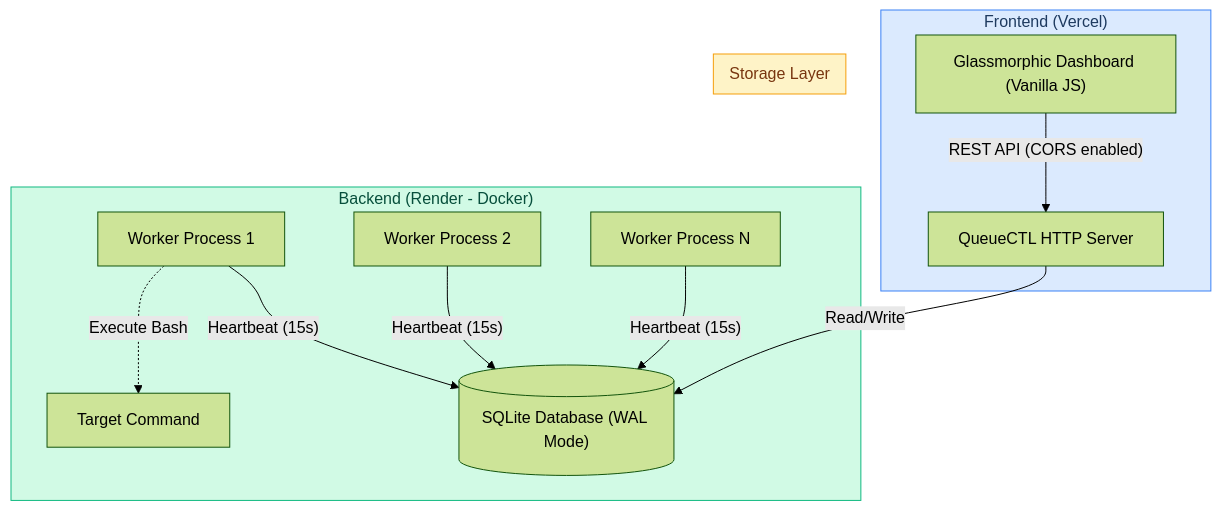
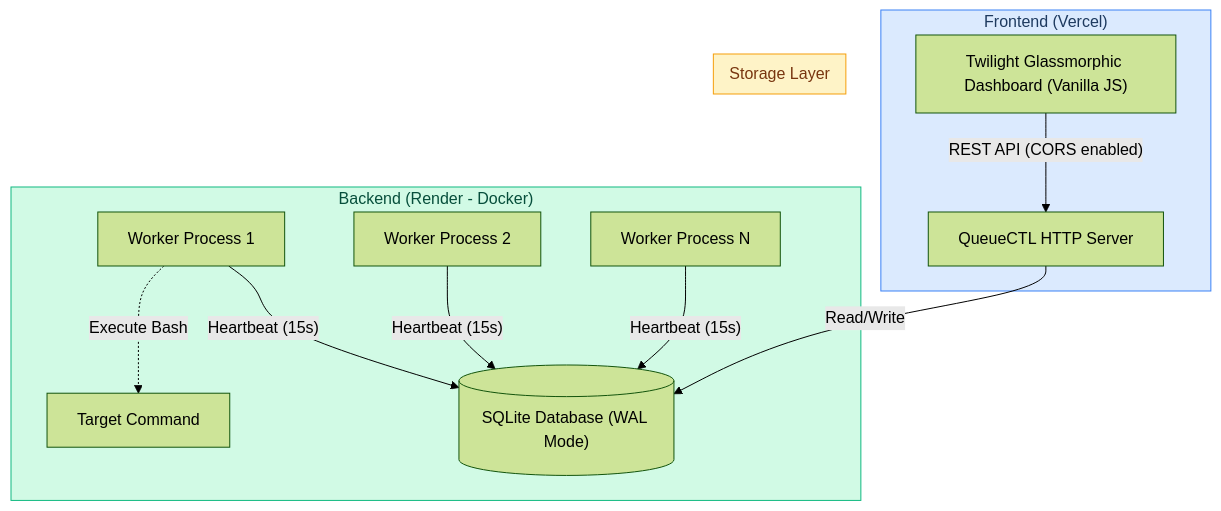
Before and after one commit to Harshkumar2306/QueueCTL: the diagram in README.md, drawn with Mermaid (forest theme). The commit also changed other lines of this file, not shown here.

````diff
--- a/README.md
+++ b/README.md
@@ -67,26 +79,26 @@
 ```mermaid
 graph TB
     subgraph Frontend["Frontend (Vercel)"]
-        UI["Glassmorphic Dashboard (Vanilla JS)"]
+        UI["Twilight Glassmorphic Dashboard (Vanilla JS)"]
         UI --> |"REST API (CORS enabled)"| API
     end
 
     subgraph Backend["Backend (Render - Docker)"]
         API["QueueCTL HTTP Server"]
         API --> |"Read/Write"| DB
         
         W1["Worker Process 1"] --> |"Heartbeat (15s)"| DB
         W2["Worker Process 2"] --> |"Heartbeat (15s)"| DB
         W3["Worker Process N"] --> |"Heartbeat (15s)"| DB
         
         W1 -.-> |"Execute Bash"| JOB["Target Command"]
     end
 
     subgraph Storage["Storage Layer"]
         DB[("SQLite Database (WAL Mode)")]
     end
 
     style Frontend fill:#dbeafe,stroke:#3b82f6,color:#1e3a5f
     style Backend fill:#d1fae5,stroke:#10b981,color:#064e3b
     style Storage fill:#fef3c7,stroke:#f59e0b,color:#78350f
 ```
````
